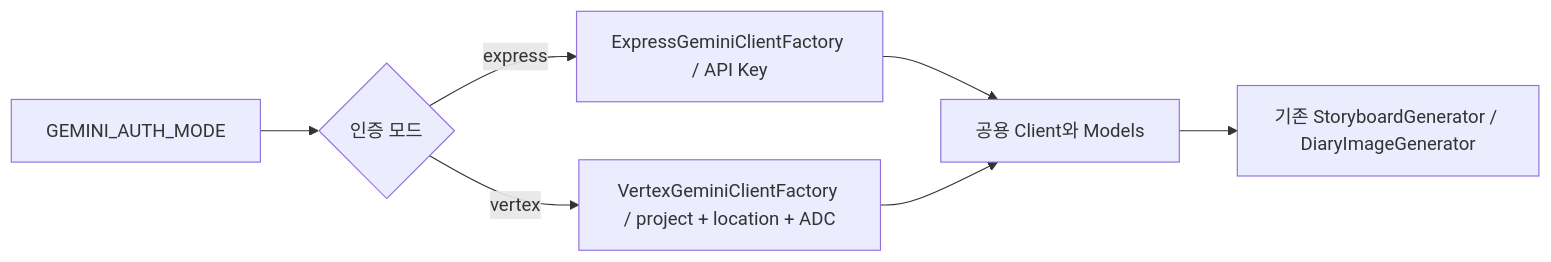
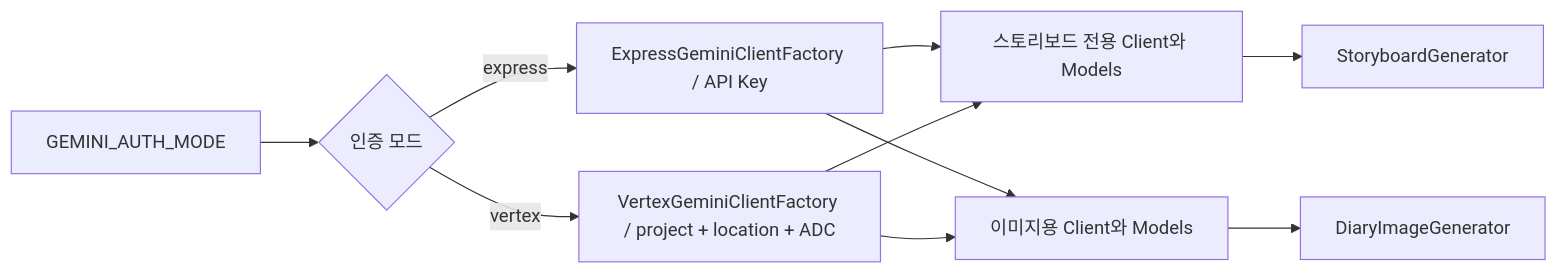
The diagram in backend/README.md (woowacourse-teams/2026-Harudle), drawn with Mermaid before and after one commit. The commit also changed other lines of this file and 13 other files, not shown here.

````diff
--- a/backend/README.md
+++ b/backend/README.md
@@ -132,9 +132,12 @@
 ```mermaid
 flowchart LR
     A[GEMINI_AUTH_MODE] --> B{인증 모드}
     B -->|express| C[ExpressGeminiClientFactory / API Key]
     B -->|vertex| D[VertexGeminiClientFactory / project + location + ADC]
-    C --> E[공용 Client와 Models]
+    C --> E[스토리보드 전용 Client와 Models]
     D --> E
-    E --> F[기존 StoryboardGenerator / DiaryImageGenerator]
+    C --> G[이미지용 Client와 Models]
+    D --> G
+    E --> F[StoryboardGenerator]
+    G --> H[DiaryImageGenerator]
 ```
````
